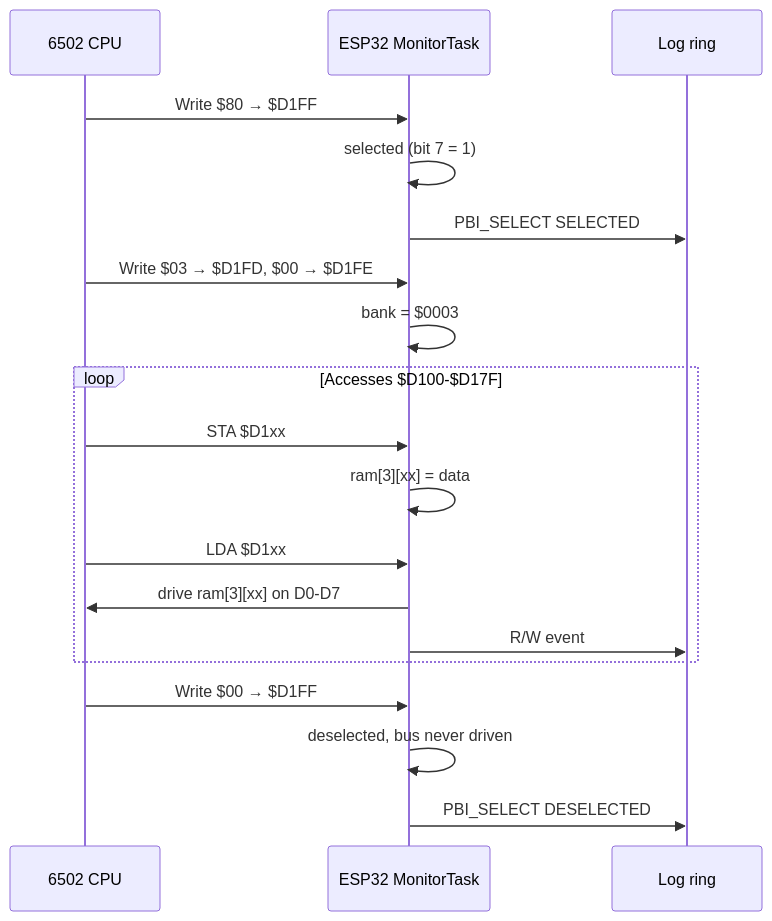
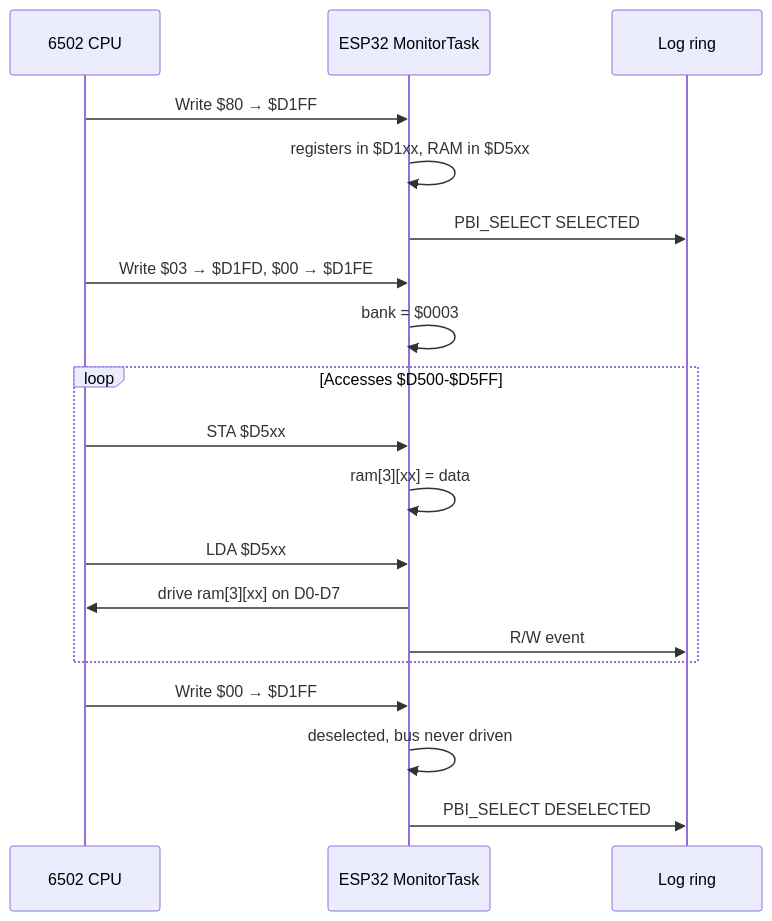
One commit to gianlucarenzi/ESP32-BOBOARD-5V changed the second of 3 diagrams in README_EN.md. Above: the diagram before and after it, drawn with Mermaid. The commit also changed other lines of this file and 14 other files, not shown here.

````diff
--- a/README_EN.md
+++ b/README_EN.md
@@ -348,24 +362,24 @@
 ```mermaid
 sequenceDiagram
     participant CPU as 6502 CPU
     participant ESP as ESP32 MonitorTask
     participant L  as Log ring
 
     CPU->>ESP: Write $80 → $D1FF
-    ESP->>ESP: selected (bit 7 = 1)
+    ESP->>ESP: registers in $D1xx, RAM in $D5xx
     ESP->>L: PBI_SELECT SELECTED
 
     CPU->>ESP: Write $03 → $D1FD, $00 → $D1FE
     ESP->>ESP: bank = $0003
-    loop Accesses $D100-$D17F
-        CPU->>ESP: STA $D1xx
+    loop Accesses $D500-$D5FF
+        CPU->>ESP: STA $D5xx
         ESP->>ESP: ram[3][xx] = data
-        CPU->>ESP: LDA $D1xx
+        CPU->>ESP: LDA $D5xx
         ESP->>CPU: drive ram[3][xx] on D0-D7
         ESP->>L: R/W event
     end
 
     CPU->>ESP: Write $00 → $D1FF
     ESP->>ESP: deselected, bus never driven
     ESP->>L: PBI_SELECT DESELECTED
 ```
````
